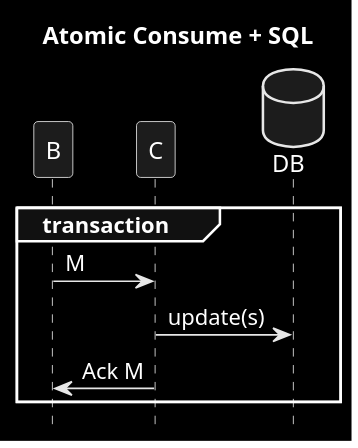
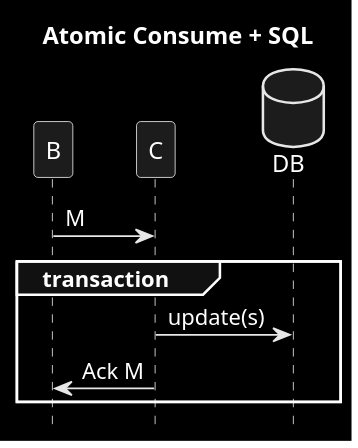
One commit to victorrentea/kafka changed the diagram in patterns/5_dual_m_db.puml. Above: the diagram before and after it, drawn with PlantUML. The commit also changed 47 other files, not shown here.

```diff
--- a/patterns/5_dual_m_db.puml
+++ b/patterns/5_dual_m_db.puml
@@ -1,15 +1,15 @@
 @startuml
 title Atomic Consume + SQL
 hide footbox
 skinparam monochrome reverse
 participant B
 participant C
 database DB
 
+B->C: M
 group transaction
-    B->C: M
     C->DB: update(s)
     C->B: Ack M
 end
 
 @enduml
```
